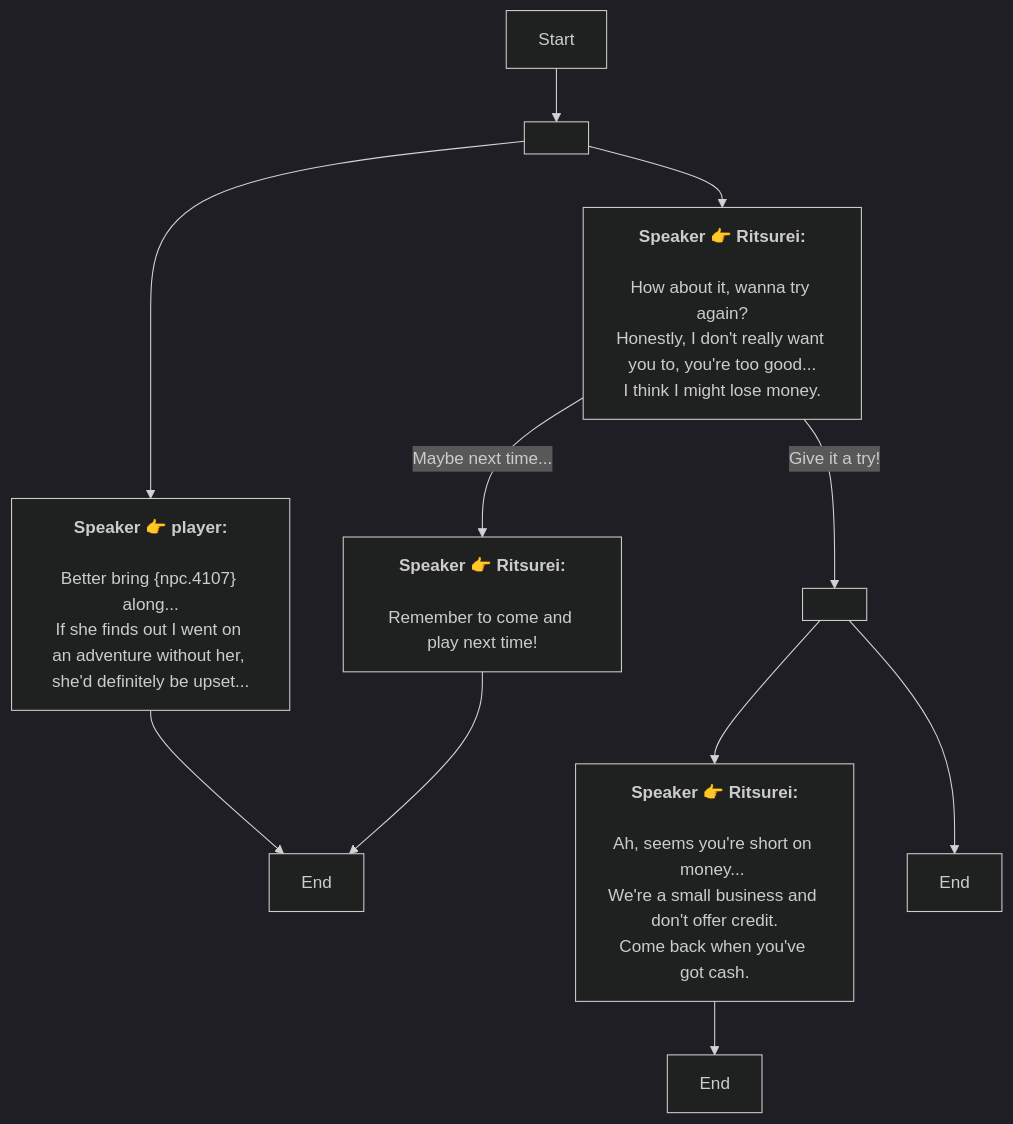
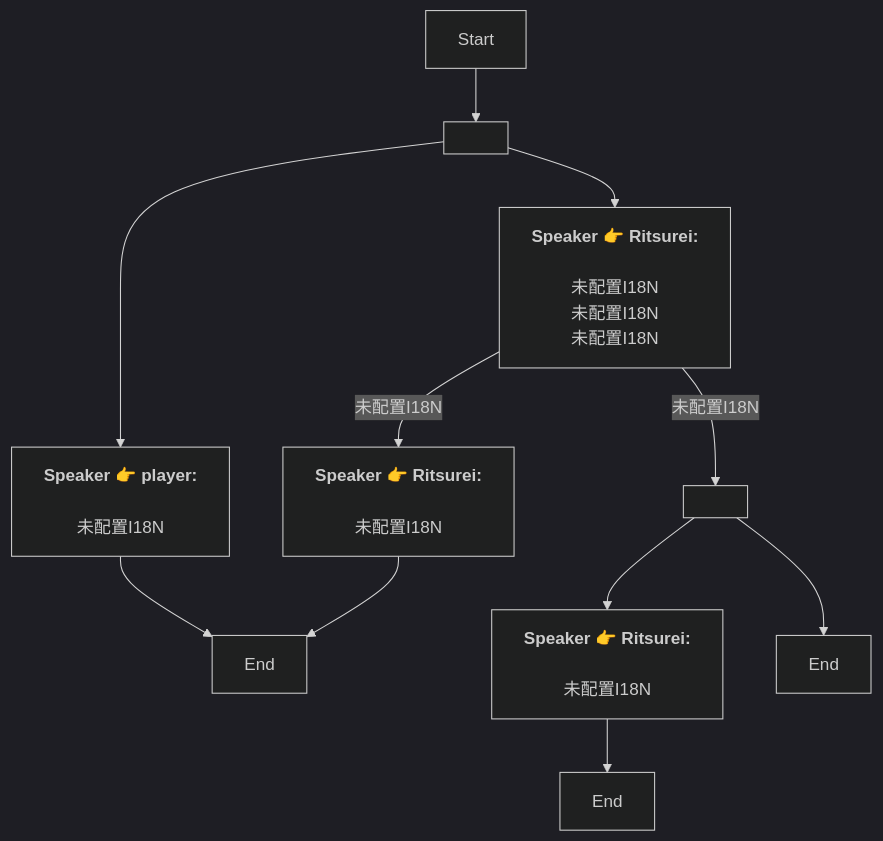
Before and after one commit to SoftHu/tos_avg: the diagram in En/QuestTalkObjectiveNode_1739410552888537.md, drawn with Mermaid (dark theme). The commit also changed 730 other files, not shown here.

````diff
--- a/En/QuestTalkObjectiveNode_1739410552888537.md
+++ b/En/QuestTalkObjectiveNode_1739410552888537.md
@@ -1,21 +1,18 @@
 ```mermaid
 graph
 Start -->1739504933044473[ ]
 1739504933044473 -->1739410623403237[<b>Speaker 👉 Ritsurei:</b>
-\nHow about it, wanna try again?\nHonestly, I don't really want you to, you're too good...\nI think I might lose money.]
+\n未配置I18N\n未配置I18N\n未配置I18N]
 1739504933044473 -->1739504933044474[<b>Speaker 👉 player:</b>
-\nBetter bring &lbrace;npc.4107&rbrace; along...
-If she finds out I went on an adventure without her, she'd definitely be upset...]
+\n未配置I18N]
 1739504933044474 -->1739410623404265[End]
-1739410623403237 -->|Maybe next time...|1739505152025853[<b>Speaker 👉 Ritsurei:</b>
-\nRemember to come and play next time!]
-1739410623403237 -->|Give it a try!|1739410623404266[ ]
+1739410623403237 -->|未配置I18N|1739505152025853[<b>Speaker 👉 Ritsurei:</b>
+\n未配置I18N]
+1739410623403237 -->|未配置I18N|1739410623404266[ ]
 1739410623404266 -->1739410623405292[<b>Speaker 👉 Ritsurei:</b>
-\nAh, seems you're short on money... 
-We're a small business and don't offer credit.
-Come back when you've got cash.]
+\n未配置I18N]
 1739410623404266 -->1739410623404267[End]
 1739410623405292 -->1739410623405293[End]
 1739505152025853 -->1739410623404265[End]
 
 ```
````
